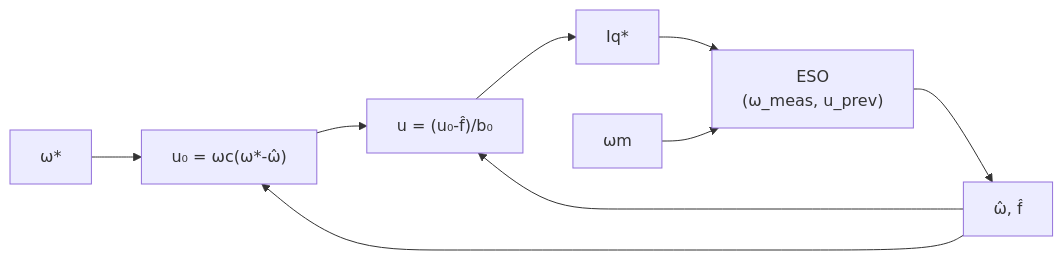
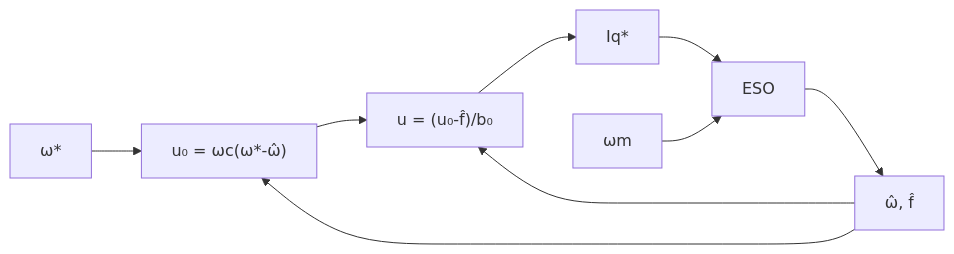
The diagram in documentation/theory/speed-loop-controllers.md (embedded-pro/e-foc), drawn with Mermaid before and after one commit. The commit also changed other lines of this file and 16 other files, not shown here.

````diff
--- a/documentation/theory/speed-loop-controllers.md
+++ b/documentation/theory/speed-loop-controllers.md
@@ -170,11 +189,11 @@
 ```mermaid
 graph LR
     W_REF["ω*"] --> U0["u₀ = ωc(ω*-ω̂)"]
-    ESO["ESO\n(ω_meas, u_prev)"] --> XHAT["ω̂, f̂"]
+    ESO["ESO"] --> XHAT["ω̂, f̂"]
     XHAT --> U0
     XHAT --> CANCEL["u = (u₀-f̂)/b₀"]
     U0 --> CANCEL
     CANCEL --> IQ["Iq*"]
     W_MEAS["ωm"] --> ESO
     IQ --> ESO
 ```
````
